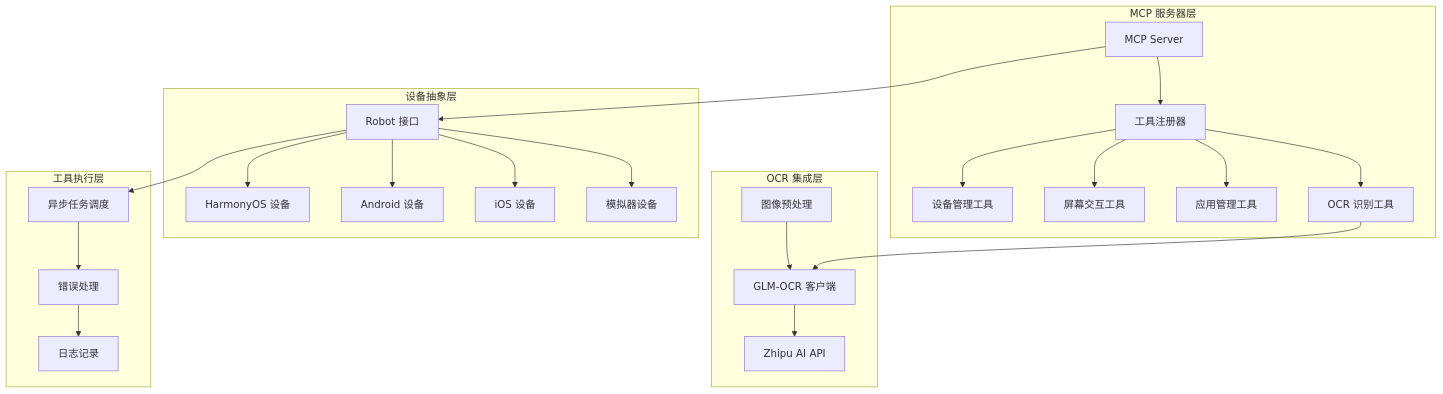
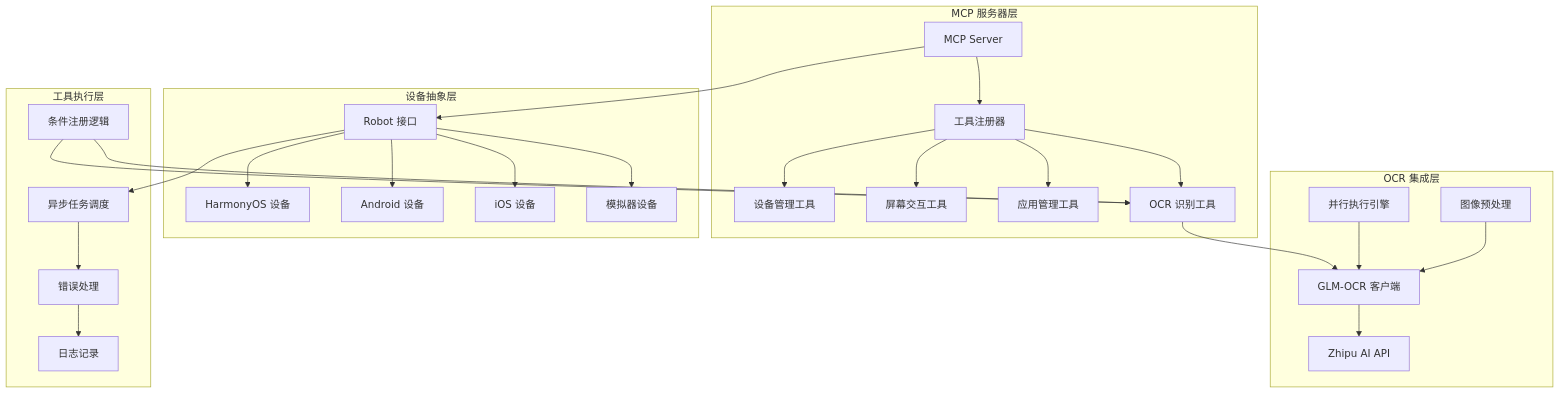
One commit to zedomi/mobile-mcp-hmos changed the fourth of 11 diagrams in .qoder/repowiki/zh/content/MCP 工具参考/屏幕交互工具/GLM-OCR 集成.md. Above: the diagram before and after it, drawn with Mermaid. The commit also changed other lines of this file and 3 other files, not shown here.

````diff
--- a/.qoder/repowiki/zh/content/MCP 工具参考/屏幕交互工具/GLM-OCR 集成.md
+++ b/.qoder/repowiki/zh/content/MCP 工具参考/屏幕交互工具/GLM-OCR 集成.md
@@ -179,27 +192,30 @@
 ```mermaid
 graph TB
 subgraph "MCP 服务器层"
 A[MCP Server] --> B[工具注册器]
 B --> C[设备管理工具]
 B --> D[屏幕交互工具]
 B --> E[应用管理工具]
 B --> F[OCR 识别工具]
 end
 subgraph "设备抽象层"
 G[Robot 接口] --> H[HarmonyOS 设备]
 G --> I[Android 设备]
 G --> J[iOS 设备]
 G --> K[模拟器设备]
 end
 subgraph "OCR 集成层"
 L[GLM-OCR 客户端] --> M[Zhipu AI API]
 N[图像预处理] --> L
+O[并行执行引擎] --> L
 end
 subgraph "工具执行层"
-O[异步任务调度] --> P[错误处理]
-P --> Q[日志记录]
+P[异步任务调度] --> Q[错误处理]
+Q --> R[日志记录]
+S[条件注册逻辑] --> F
 end
 A --> G
 F --> L
-G --> O
+G --> P
+S --> F
 ```
````
